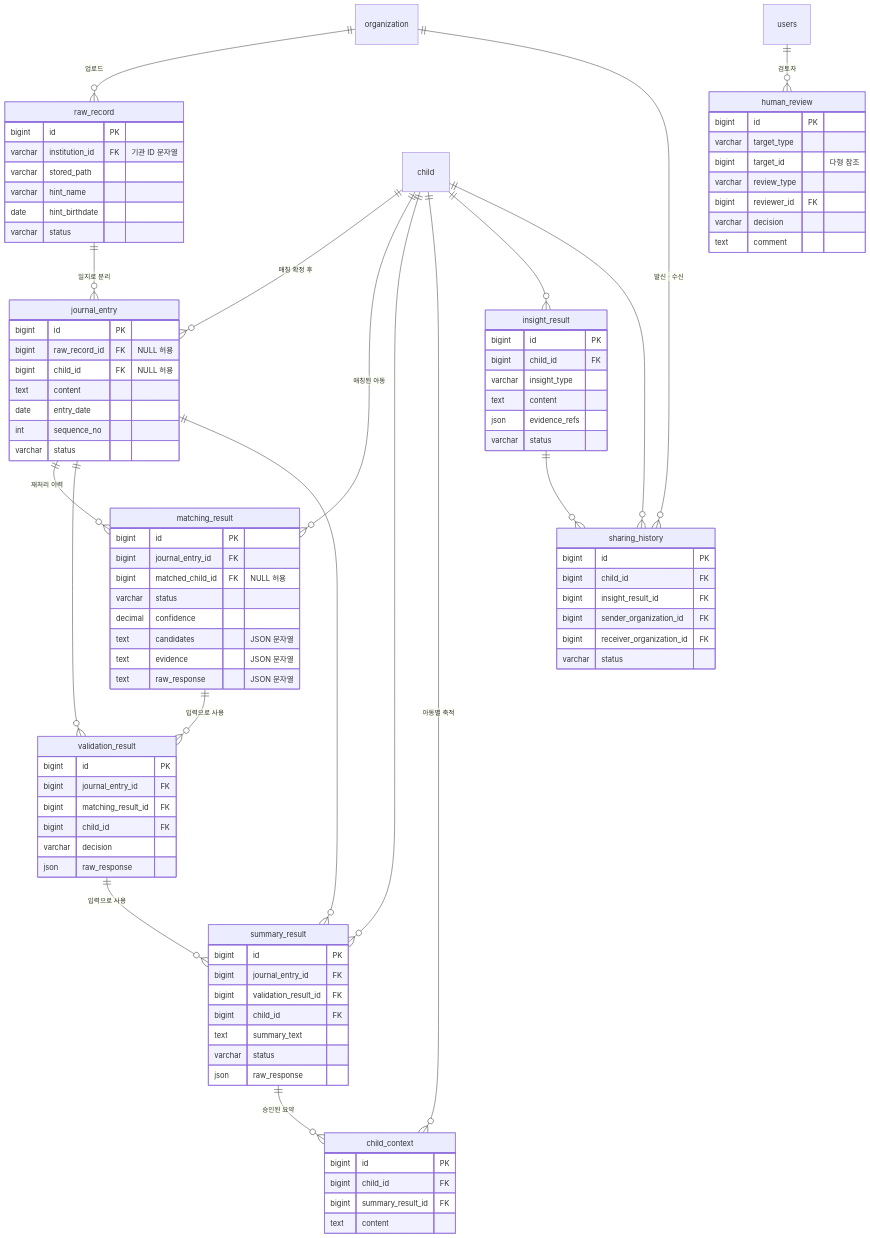
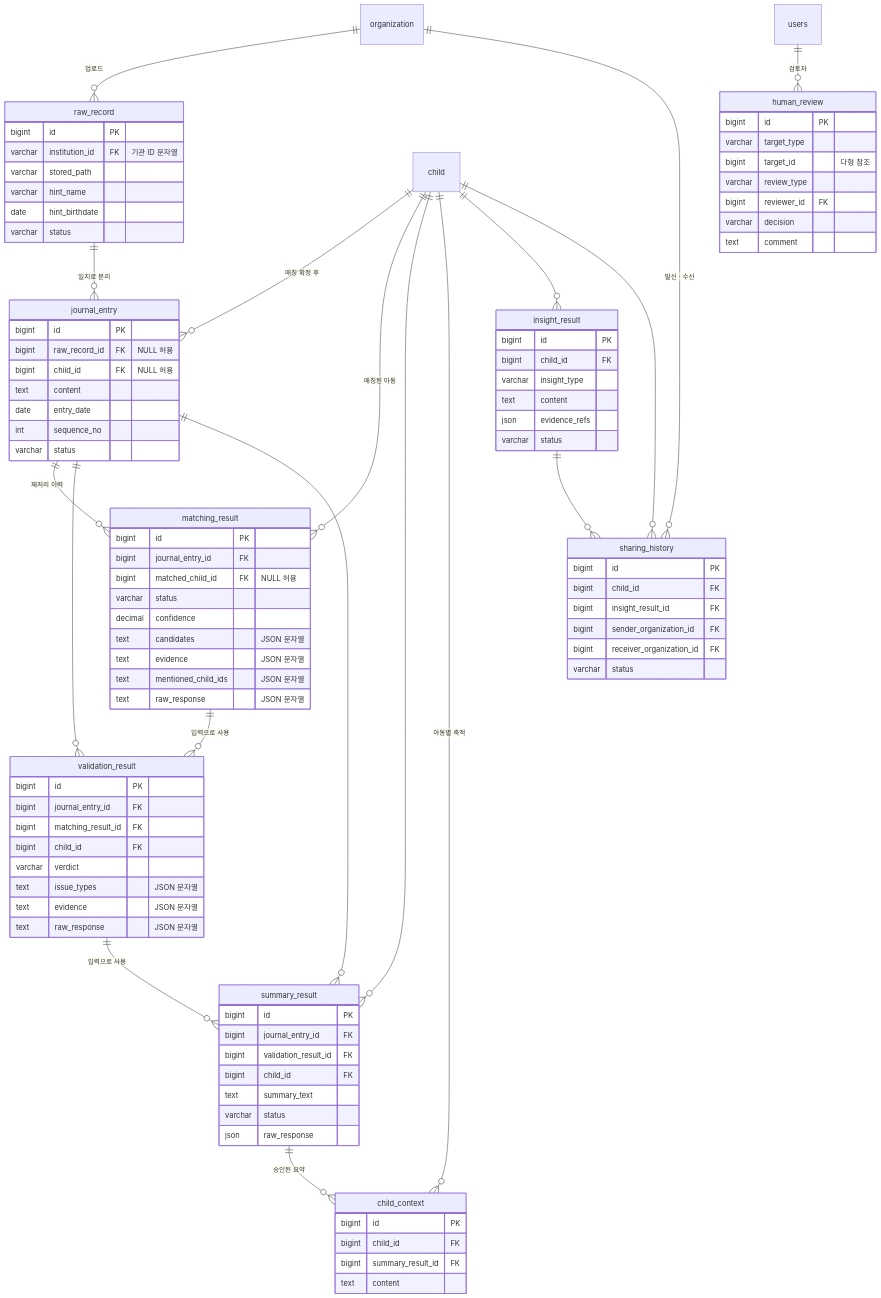
The second of 2 diagrams in docs/db/schema.md (kakaotechcampus-4/ktc4-kyungpook-2), drawn with Mermaid before and after one commit. The commit also changed other lines of this file, not shown here.

First line of the commit message:
docs(db): matching_result 에 mentioned_child_ids 추가, validation_result 계약 확정

```diff
--- a/docs/db/schema.md
+++ b/docs/db/schema.md
@@ -183,6 +185,7 @@
         decimal confidence
         text candidates "JSON 문자열"
         text evidence "JSON 문자열"
+        text mentioned_child_ids "JSON 문자열"
         text raw_response "JSON 문자열"
     }
     validation_result {
@@ -190,8 +193,10 @@
         bigint journal_entry_id FK
         bigint matching_result_id FK
         bigint child_id FK
-        varchar decision
-        json raw_response
+        varchar verdict
+        text issue_types "JSON 문자열"
+        text evidence "JSON 문자열"
+        text raw_response "JSON 문자열"
     }
     summary_result {
         bigint id PK
```
